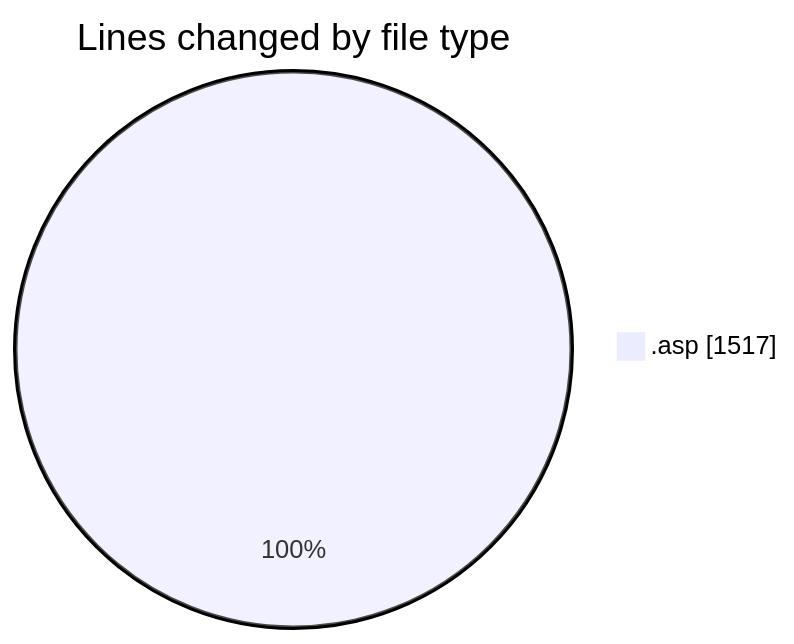
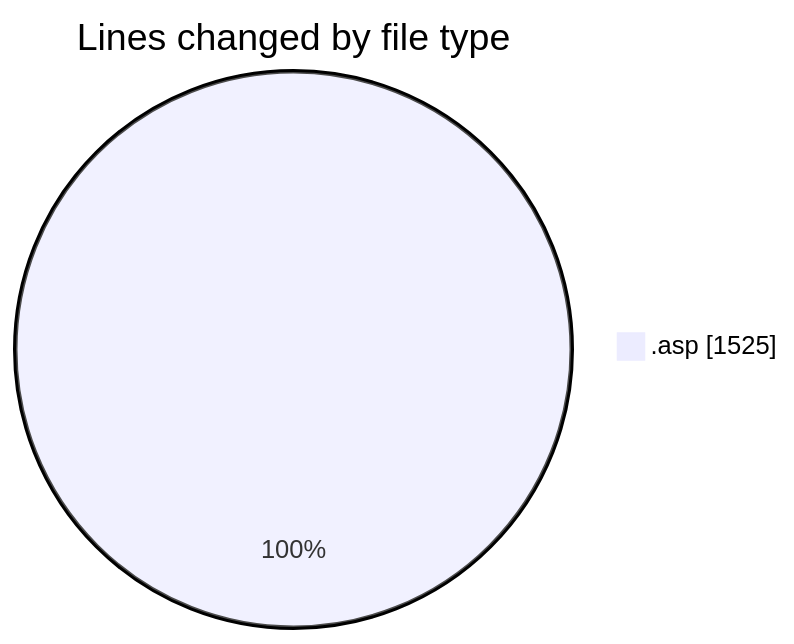
Before and after one commit to julien-gomy/code-tracking: the first of 2 diagrams in 2025-10-30/cdp_aleoudev_fr__workspace_/README.md, drawn with Mermaid. The commit also changed other lines of this file and 1 other file, not shown here.

````diff
--- a/2025-10-30/cdp_aleoudev_fr__workspace_/README.md
+++ b/2025-10-30/cdp_aleoudev_fr__workspace_/README.md
@@ -22,5 +22,5 @@
 ```mermaid
 pie showData
 title Lines changed by file type
-".asp" : 1517
+".asp" : 1525
 ```
````
